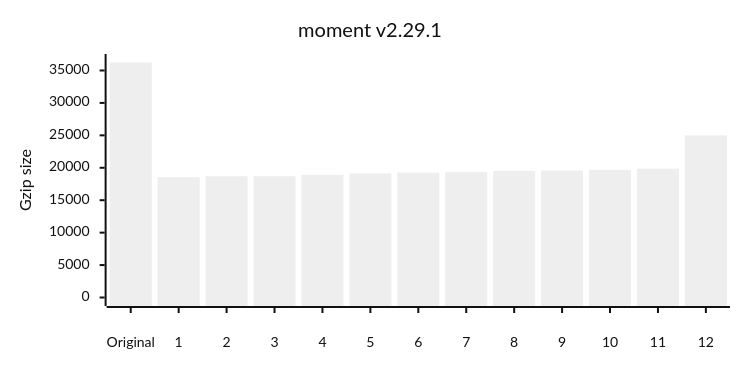
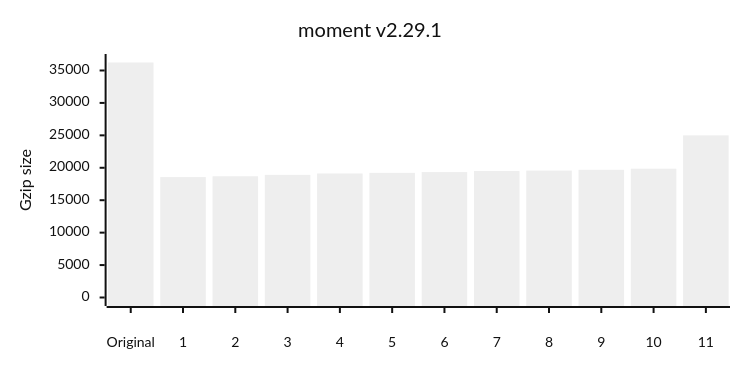
Before and after one commit to privatenumber/minification-benchmarks: the second of 12 diagrams in README.md, drawn with Mermaid (neutral theme). The commit also changed other lines of this file, not shown here.

````diff
--- a/README.md
+++ b/README.md
@@ -110,17 +113,17 @@
 ```mermaid
 ---
 config:
     xyChart:
         width: 720
         height: 360
         xAxis:
             labelPadding: 20
         yAxis:
             labelPadding: 10
 ---
 xychart-beta
 	title "moment v2.29.1"
-	x-axis ["Original",1,2,3,4,5,6,7,8,9,10,11,12]
+	x-axis ["Original",1,2,3,4,5,6,7,8,9,10,11]
 	y-axis "Gzip size" 0 --> 36231
-	bar [36231,18568,18690,18699,18910,19119,19260,19334,19496,19569,19683,19857,24998]
+	bar [36231,18568,18689,18910,19119,19216,19334,19496,19569,19683,19857,24998]
 ```
````
